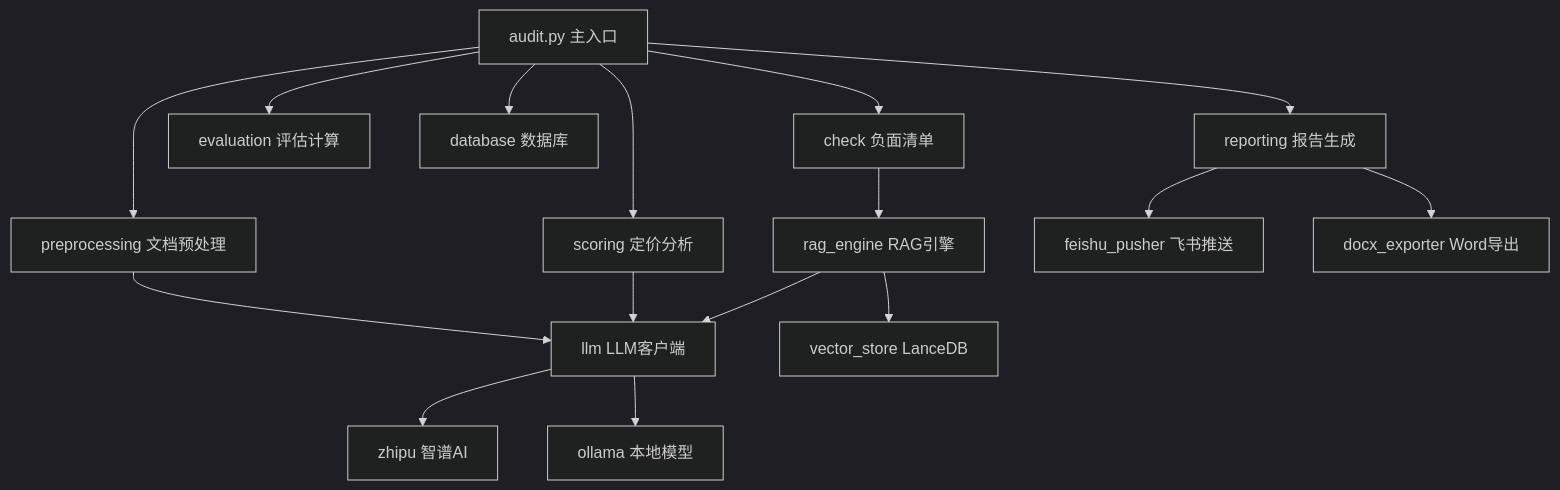
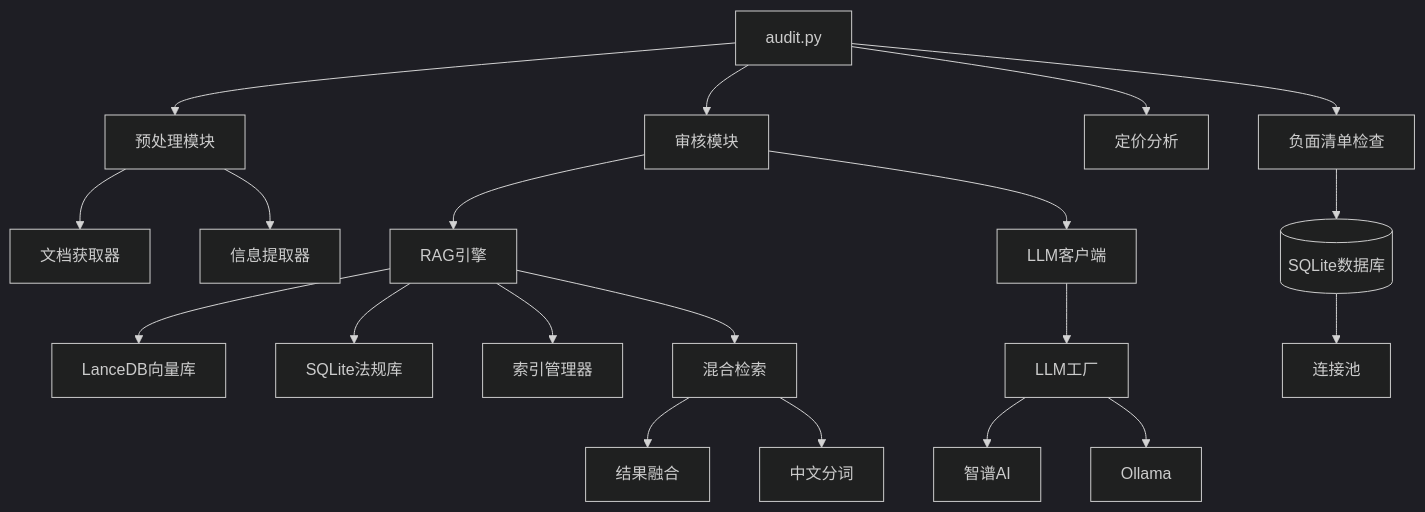
The diagram in research.md (bleakplain/actuary-sleuth), drawn with Mermaid (dark theme) before and after one commit. The commit also changed other lines of this file and 30 other files, not shown here.

First line of the commit message:
docs: add comprehensive architecture diagrams and research documentation

````diff
--- a/research.md
+++ b/research.md
@@ -82,22 +101,28 @@
 ```mermaid
-graph TD
-    A[audit.py 主入口] --> B[preprocessing 文档预处理]
-    A --> C[check 负面清单]
-    A --> D[scoring 定价分析]
-    A --> E[evaluation 评估计算]
-    A --> F[database 数据库]
-    A --> G[reporting 报告生成]
+graph TB
+    Entry[audit.py] --> Preprocess[预处理模块]
+    Entry --> Check[负面清单检查]
+    Entry --> Scoring[定价分析]
+    Entry --> Audit[审核模块]
 
-    B --> H[llm LLM客户端]
-    C --> I[rag_engine RAG引擎]
-    D --> H
+    Preprocess --> DocFetcher[文档获取器]
+    Preprocess --> Extractor[信息提取器]
 
-    I --> J[vector_store LanceDB]
-    I --> H
+    Audit --> RAG[RAG引擎]
+    Audit --> LLM[LLM客户端]
 
-    H --> K[zhipu 智谱AI]
-    H --> L[ollama 本地模型]
+    RAG --> VectorStore[LanceDB向量库]
+    RAG --> SQLite[SQLite法规库]
+    RAG --> IndexMgr[索引管理器]
+    RAG --> Retriever[混合检索]
 
-    G --> M[feishu_pusher 飞书推送]
-    G --> N[docx_exporter Word导出]
+    Retriever --> Fusion[结果融合]
+    Retriever --> Tokenizer[中文分词]
+
+    LLM --> Factory[LLM工厂]
+    Factory --> Zhipu[智谱AI]
+    Factory --> Ollama[Ollama]
+
+    Database[(SQLite数据库)] --> ConnectionPool[连接池]
+    Check --> Database
 ```
````
